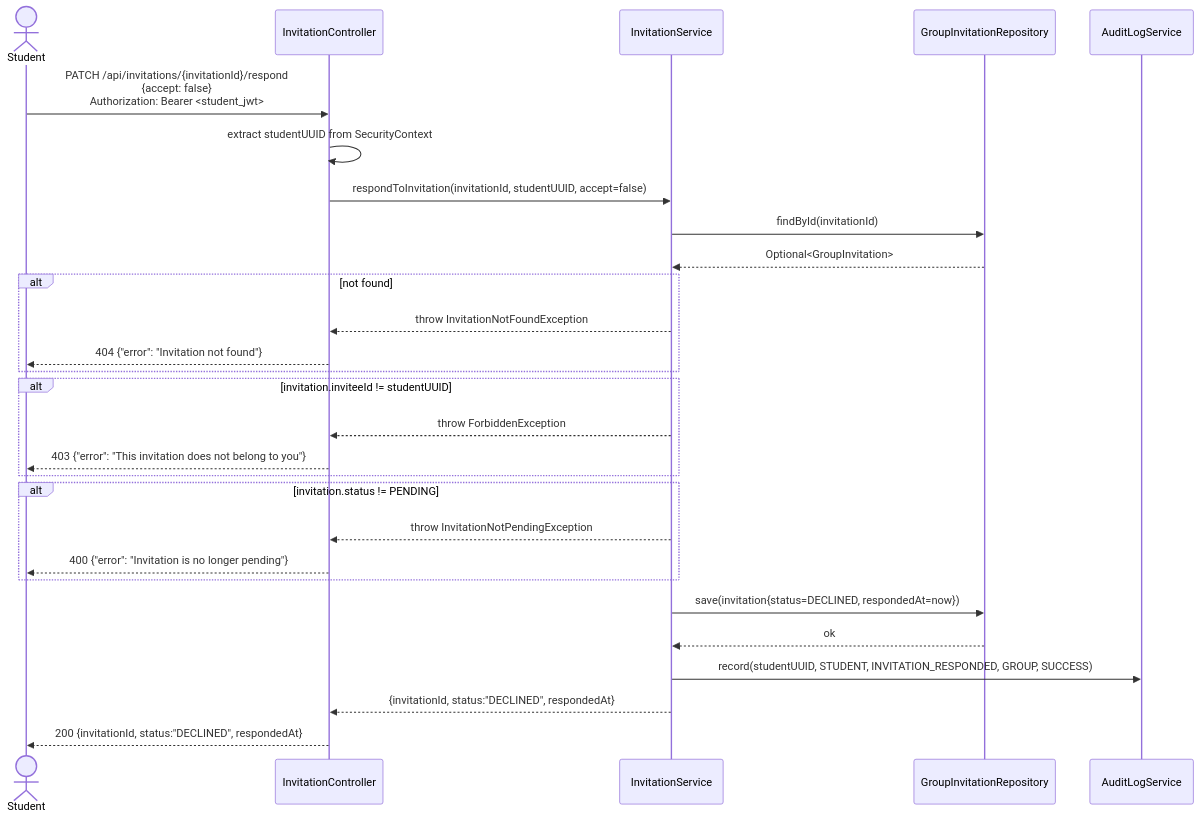
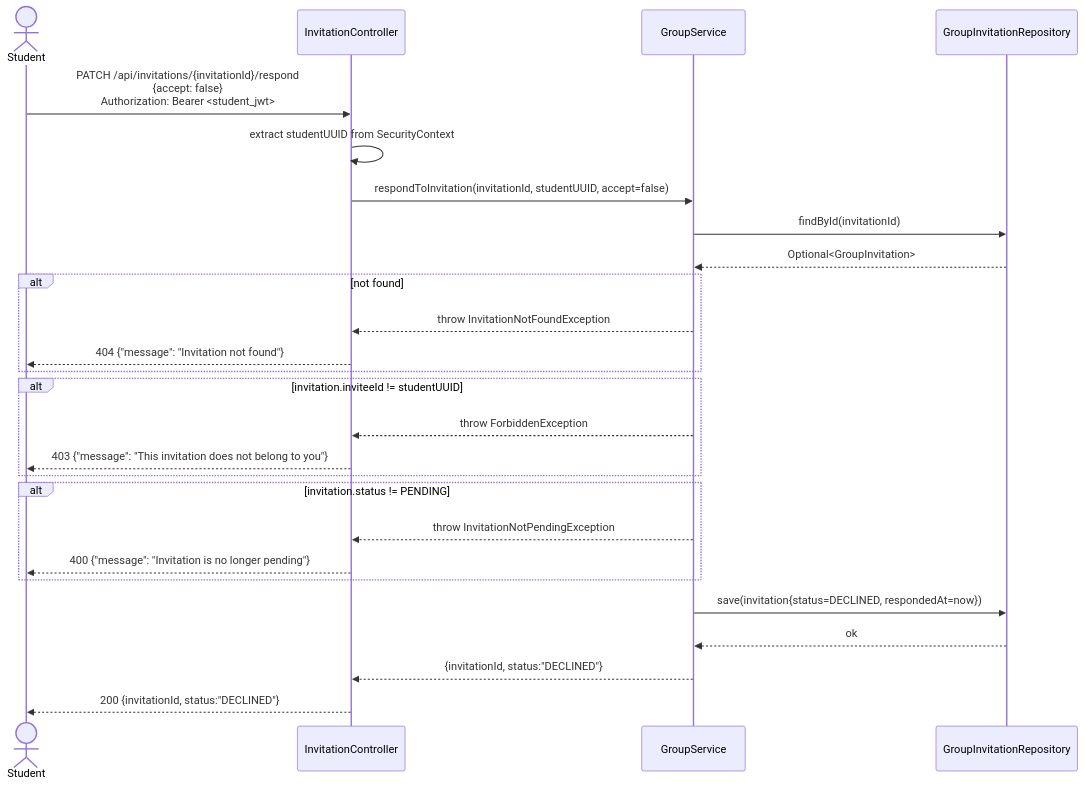
Before and after one commit to SE3318-Spring-2025-2026/senior-app-6: the second of 3 diagrams in docs/process2/sequences/2.3_invitation_respond_p2.md, drawn with Mermaid. The commit also changed other lines of this file and 20 other files, not shown here.

````diff
--- a/docs/process2/sequences/2.3_invitation_respond_p2.md
+++ b/docs/process2/sequences/2.3_invitation_respond_p2.md
@@ -39,39 +38,36 @@
 ```mermaid
 sequenceDiagram
     actor Student
     participant InvitationController
-    participant InvitationService
+    participant GroupService
     participant GroupInvitationRepository
-    participant AuditLogService
 
     Student->>InvitationController: PATCH /api/invitations/{invitationId}/respond<br/>{accept: false}<br/>Authorization: Bearer <student_jwt>
 
     InvitationController->>InvitationController: extract studentUUID from SecurityContext
-    InvitationController->>InvitationService: respondToInvitation(invitationId, studentUUID, accept=false)
+    InvitationController->>GroupService: respondToInvitation(invitationId, studentUUID, accept=false)
 
-    InvitationService->>GroupInvitationRepository: findById(invitationId)
-    GroupInvitationRepository-->>InvitationService: Optional<GroupInvitation>
+    GroupService->>GroupInvitationRepository: findById(invitationId)
+    GroupInvitationRepository-->>GroupService: Optional<GroupInvitation>
 
     alt not found
-        InvitationService-->>InvitationController: throw InvitationNotFoundException
-        InvitationController-->>Student: 404 {"error": "Invitation not found"}
+        GroupService-->>InvitationController: throw InvitationNotFoundException
+        InvitationController-->>Student: 404 {"message": "Invitation not found"}
     end
 
     alt invitation.inviteeId != studentUUID
-        InvitationService-->>InvitationController: throw ForbiddenException
-        InvitationController-->>Student: 403 {"error": "This invitation does not belong to you"}
+        GroupService-->>InvitationController: throw ForbiddenException
+        InvitationController-->>Student: 403 {"message": "This invitation does not belong to you"}
     end
 
     alt invitation.status != PENDING
-        InvitationService-->>InvitationController: throw InvitationNotPendingException
-        InvitationController-->>Student: 400 {"error": "Invitation is no longer pending"}
+        GroupService-->>InvitationController: throw InvitationNotPendingException
+        InvitationController-->>Student: 400 {"message": "Invitation is no longer pending"}
     end
 
-    InvitationService->>GroupInvitationRepository: save(invitation{status=DECLINED, respondedAt=now})
-    GroupInvitationRepository-->>InvitationService: ok
+    GroupService->>GroupInvitationRepository: save(invitation{status=DECLINED, respondedAt=now})
+    GroupInvitationRepository-->>GroupService: ok
 
-    InvitationService->>AuditLogService: record(studentUUID, STUDENT, INVITATION_RESPONDED, GROUP, SUCCESS)
-
-    InvitationService-->>InvitationController: {invitationId, status:"DECLINED", respondedAt}
-    InvitationController-->>Student: 200 {invitationId, status:"DECLINED", respondedAt}
+    GroupService-->>InvitationController: {invitationId, status:"DECLINED"}
+    InvitationController-->>Student: 200 {invitationId, status:"DECLINED"}
 ```
````
